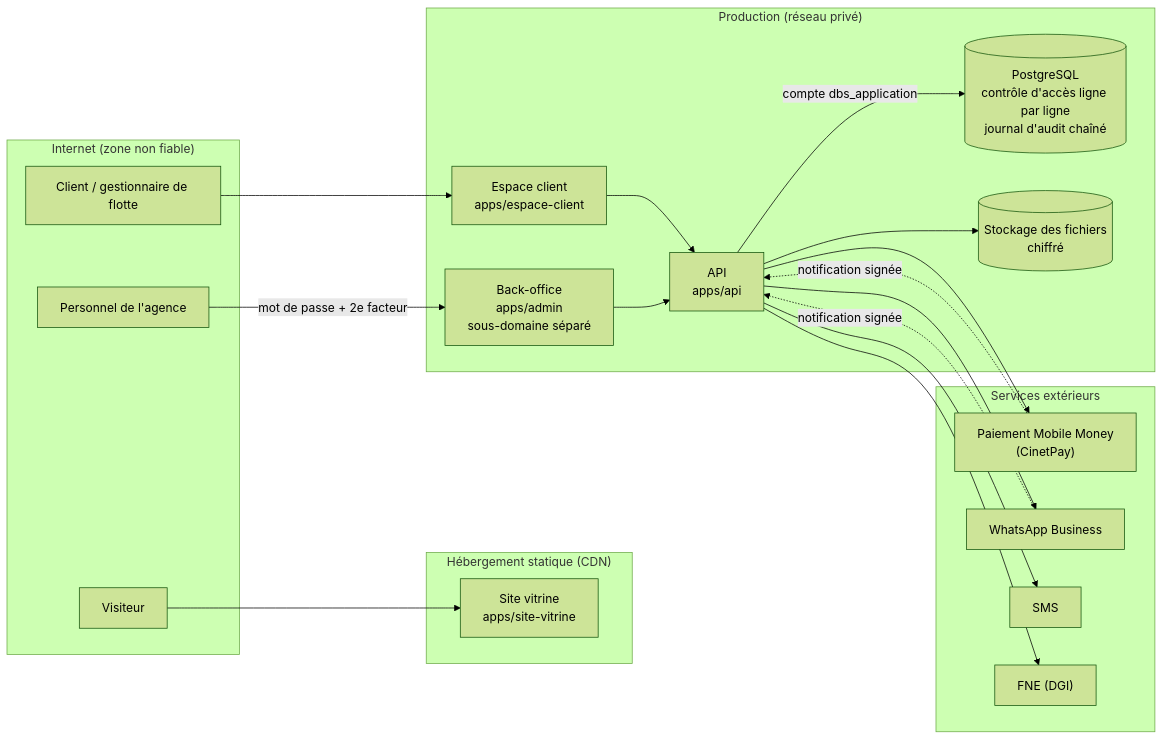
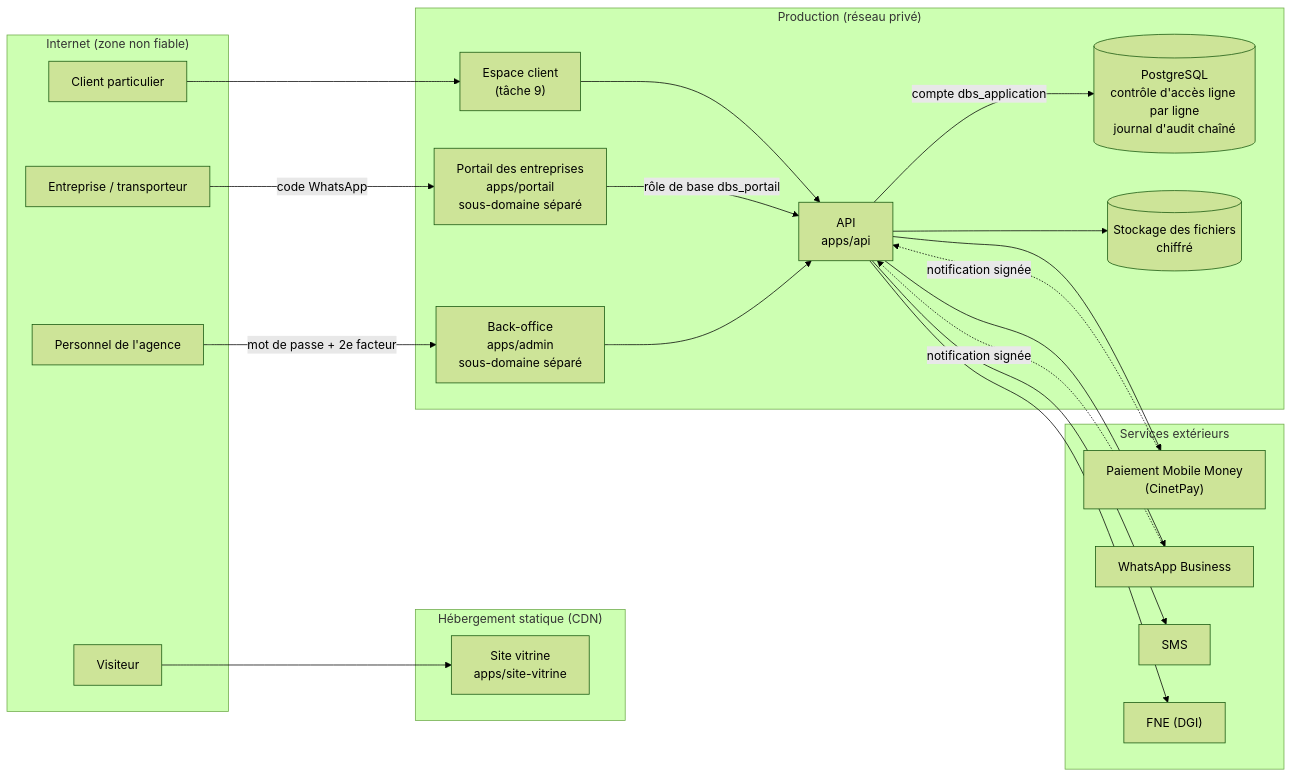
One commit to doumby87-stack/DBS-ASSURANCES changed the diagram in docs/architecture/vue-d-ensemble.md. Above: the diagram before and after it, drawn with Mermaid (forest theme). The commit also changed other lines of this file and 14 other files, not shown here.

First line of the commit message:
docs,ci: portail des entreprises — ADR 0011, accès, modèle WhatsApp d'authentification, intégration continue

````diff
--- a/docs/architecture/vue-d-ensemble.md
+++ b/docs/architecture/vue-d-ensemble.md
@@ -5,41 +5,45 @@
 ```mermaid
 flowchart LR
   subgraph Internet["Internet (zone non fiable)"]
     V["Visiteur"]
-    C["Client / gestionnaire de flotte"]
+    C["Client particulier"]
+    G["Entreprise / transporteur"]
     P["Personnel de l'agence"]
   end
 
   subgraph Statique["Hébergement statique (CDN)"]
     SV["Site vitrine<br/>apps/site-vitrine"]
   end
 
   subgraph Prod["Production (réseau privé)"]
-    EC["Espace client<br/>apps/espace-client"]
+    EC["Espace client<br/>(tâche 9)"]
+    PO["Portail des entreprises<br/>apps/portail<br/>sous-domaine séparé"]
     BO["Back-office<br/>apps/admin<br/>sous-domaine séparé"]
     API["API<br/>apps/api"]
     DB[("PostgreSQL<br/>contrôle d'accès ligne par ligne<br/>journal d'audit chaîné")]
     F[("Stockage des fichiers<br/>chiffré")]
   end
 
   subgraph Tiers["Services extérieurs"]
     PAY["Paiement Mobile Money<br/>(CinetPay)"]
     WA["WhatsApp Business"]
     SMS["SMS"]
     FNE["FNE (DGI)"]
   end
 
   V --> SV
   C --> EC
+  G -->|"code WhatsApp"| PO
   P -->|"mot de passe + 2e facteur"| BO
   EC --> API
+  PO -->|"rôle de base dbs_portail"| API
   BO --> API
   API -->|"compte dbs_application"| DB
   API --> F
   API --> PAY
   API --> WA
   API --> SMS
   API --> FNE
   PAY -.->|"notification signée"| API
   WA -.->|"notification signée"| API
 ```
````
